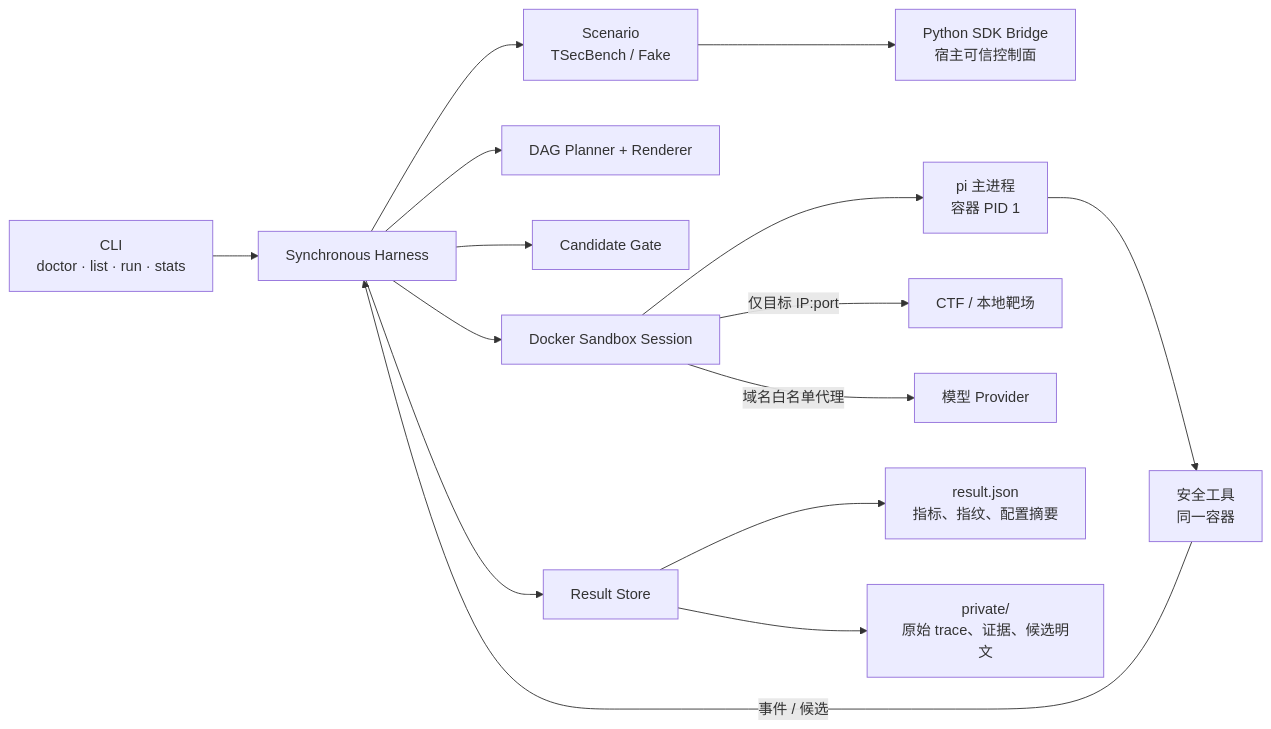
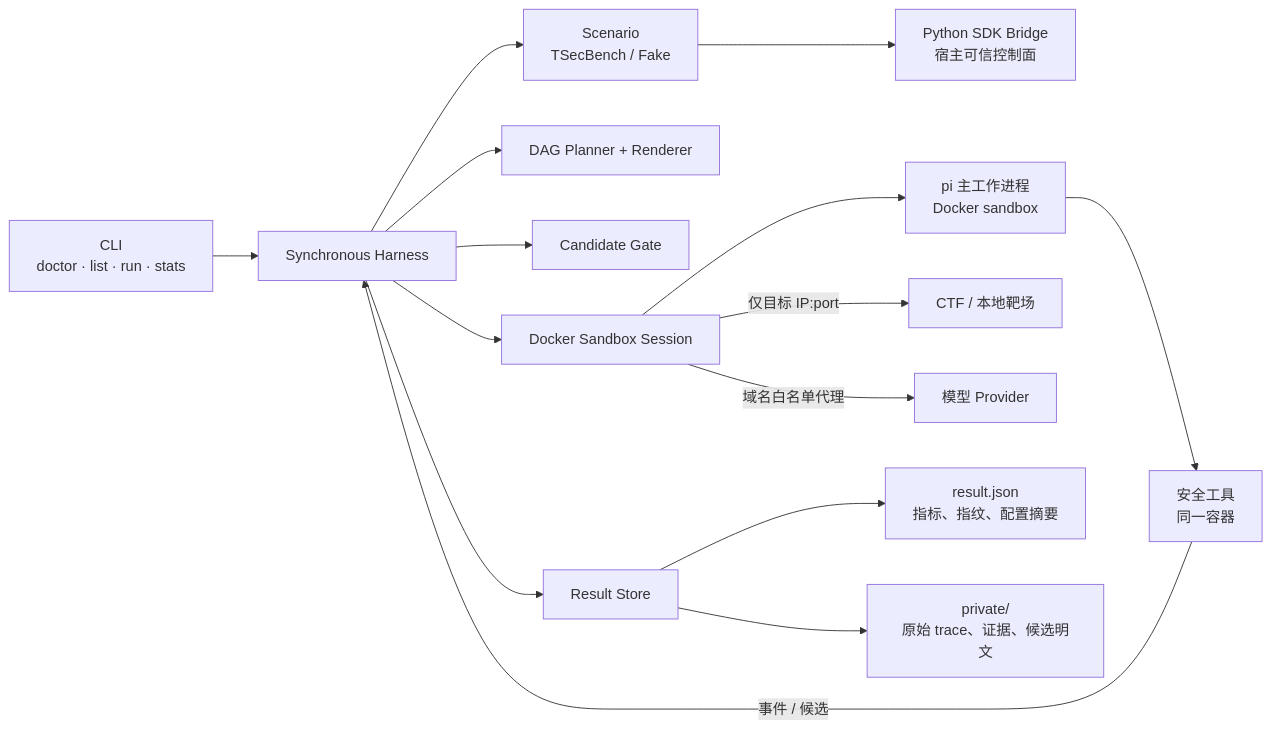
The diagram in docs/PLAN v0.4.md (red-copilot/red-harness), drawn with Mermaid before and after one commit. The commit also changed other lines of this file and 3 other files, not shown here.

First line of the commit message:
docs: v0.4 目标架构规范与现状/路线图对齐 [M4]

````diff
--- a/docs/PLAN v0.4.md
+++ b/docs/PLAN v0.4.md
@@ -13,20 +15,20 @@
 ```mermaid
 flowchart LR
     CLI["CLI<br/>doctor · list · run · stats"] --> H["Synchronous Harness"]
     H --> SC["Scenario<br/>TSecBench / Fake"]
     H --> PL["DAG Planner + Renderer"]
     H --> GT["Candidate Gate"]
     H --> RS["Result Store"]
 
     SC --> BR["Python SDK Bridge<br/>宿主可信控制面"]
     H --> SB["Docker Sandbox Session"]
-    SB --> PI["pi 主进程<br/>容器 PID 1"]
+    SB --> PI["pi 主工作进程<br/>Docker sandbox"]
     PI --> TOOLS["安全工具<br/>同一容器"]
     TOOLS -->|"事件 / 候选"| H
 
     SB -->|"仅目标 IP:port"| TARGET["CTF / 本地靶场"]
     SB -->|"域名白名单代理"| PROVIDER["模型 Provider"]
 
     RS --> PUB["result.json<br/>指标、指纹、配置摘要"]
     RS --> PRIV["private/<br/>原始 trace、证据、候选明文"]
 ```
````
